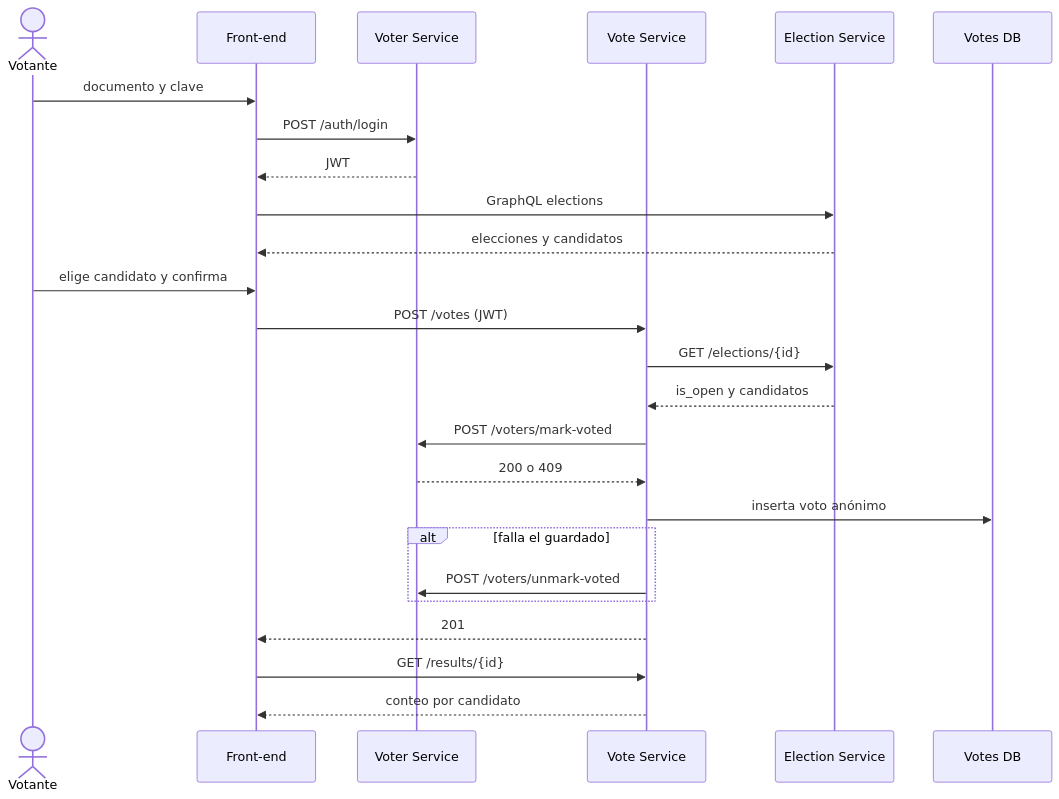
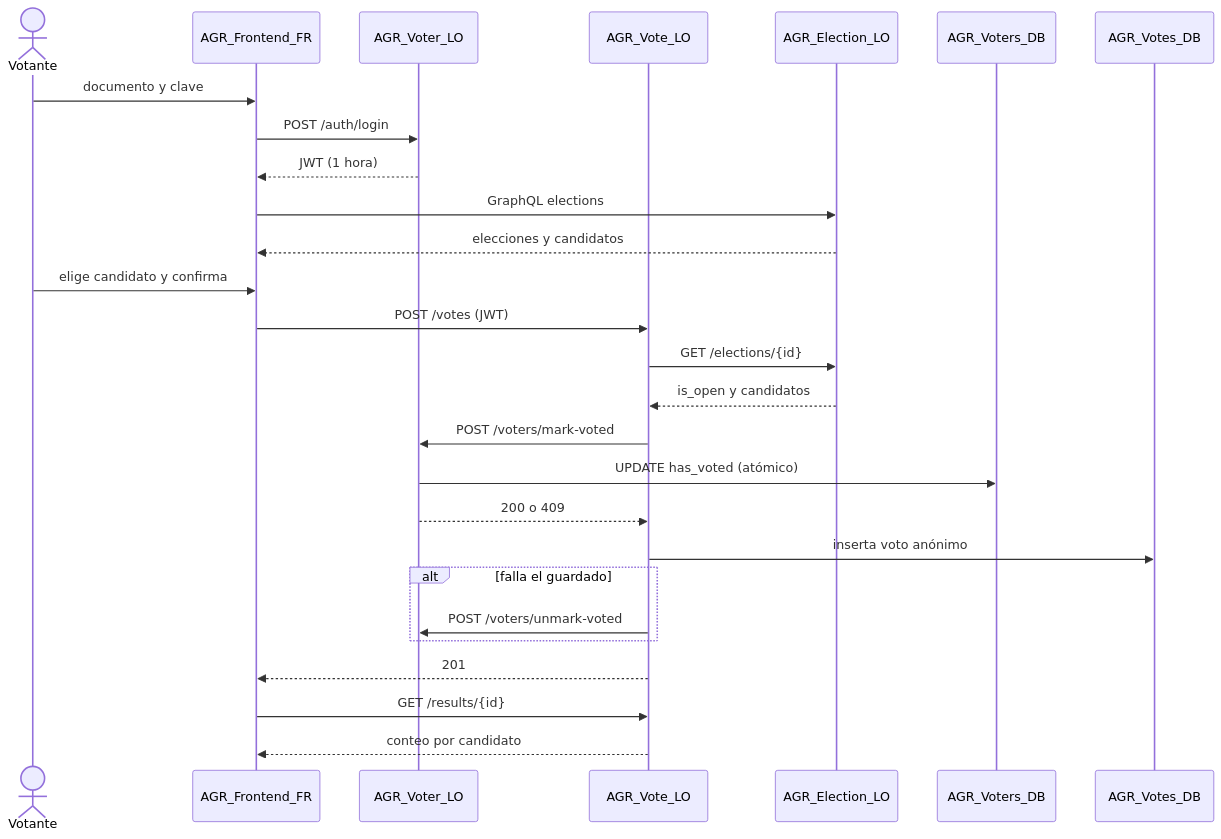
Before and after one commit to Cam152/ArquiSoft: the third of 3 diagrams in README.md, drawn with Mermaid. The commit also changed other lines of this file and 5 other files, not shown here.

````diff
--- a/README.md
+++ b/README.md
@@ -581,27 +618,29 @@
 ```mermaid
 sequenceDiagram
   actor V as Votante
-  participant FE as Front-end
-  participant VS as Voter Service
-  participant TS as Vote Service
-  participant ES as Election Service
-  participant TDB as Votes DB
+  participant FE as AGR_Frontend_FR
+  participant VS as AGR_Voter_LO
+  participant TS as AGR_Vote_LO
+  participant ES as AGR_Election_LO
+  participant VDB as AGR_Voters_DB
+  participant TDB as AGR_Votes_DB
   V->>FE: documento y clave
   FE->>VS: POST /auth/login
-  VS-->>FE: JWT
+  VS-->>FE: JWT (1 hora)
   FE->>ES: GraphQL elections
   ES-->>FE: elecciones y candidatos
   V->>FE: elige candidato y confirma
   FE->>TS: POST /votes (JWT)
   TS->>ES: GET /elections/{id}
   ES-->>TS: is_open y candidatos
   TS->>VS: POST /voters/mark-voted
+  VS->>VDB: UPDATE has_voted (atómico)
   VS-->>TS: 200 o 409
   TS->>TDB: inserta voto anónimo
   alt falla el guardado
     TS->>VS: POST /voters/unmark-voted
   end
   TS-->>FE: 201
   FE->>TS: GET /results/{id}
   TS-->>FE: conteo por candidato
 ```
````
